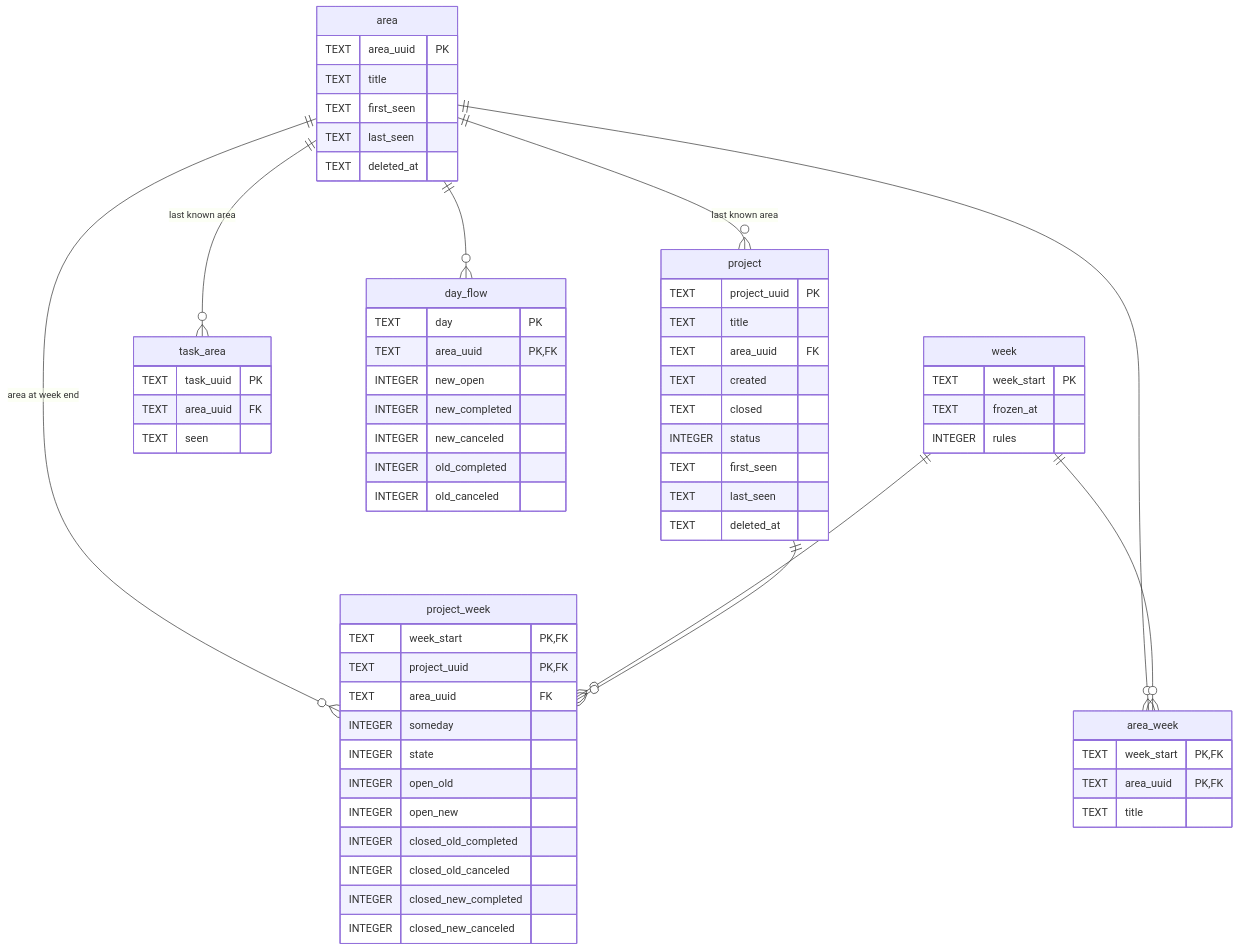
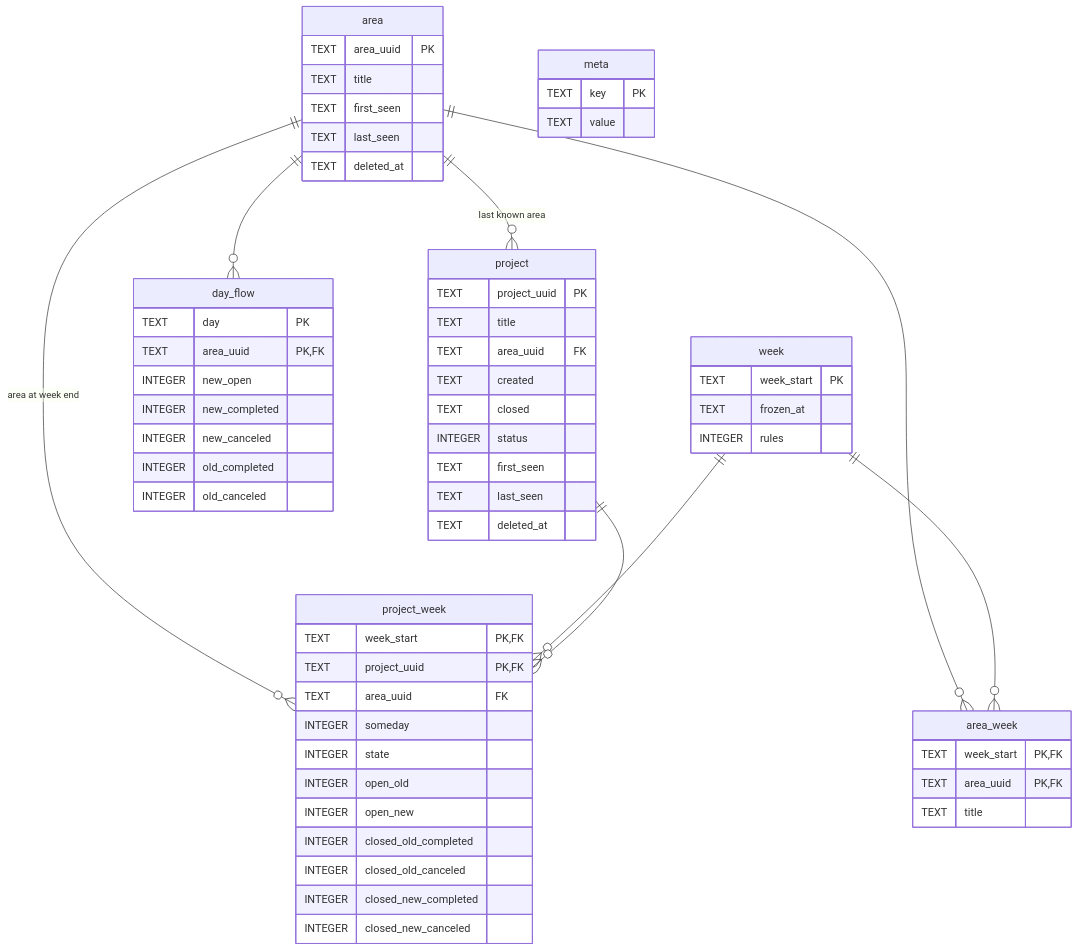
One commit to newrlan/things3-dash changed the diagram in docs/history-schema.md. Above: the diagram before and after it, drawn with Mermaid. The commit also changed other lines of this file and 5 other files, not shown here.

````diff
--- a/docs/history-schema.md
+++ b/docs/history-schema.md
@@ -19,67 +19,65 @@
 ```mermaid
 erDiagram
     area ||--o{ project : "last known area"
-    area ||--o{ task_area : "last known area"
     area ||--o{ day_flow : ""
     area ||--o{ area_week : ""
     area ||--o{ project_week : "area at week end"
     week ||--o{ area_week : ""
     week ||--o{ project_week : ""
     project ||--o{ project_week : ""
 
     area {
         TEXT area_uuid PK
         TEXT title
         TEXT first_seen
         TEXT last_seen
         TEXT deleted_at
     }
     project {
         TEXT project_uuid PK
         TEXT title
         TEXT area_uuid FK
         TEXT created
         TEXT closed
         INTEGER status
         TEXT first_seen
         TEXT last_seen
         TEXT deleted_at
     }
-    task_area {
-        TEXT task_uuid PK
-        TEXT area_uuid FK
-        TEXT seen
+    meta {
+        TEXT key PK
+        TEXT value
     }
     week {
         TEXT week_start PK
         TEXT frozen_at
         INTEGER rules
     }
     day_flow {
         TEXT day PK
         TEXT area_uuid PK, FK
         INTEGER new_open
         INTEGER new_completed
         INTEGER new_canceled
         INTEGER old_completed
         INTEGER old_canceled
     }
     area_week {
         TEXT week_start PK, FK
         TEXT area_uuid PK, FK
         TEXT title
     }
     project_week {
         TEXT week_start PK, FK
         TEXT project_uuid PK, FK
         TEXT area_uuid FK
         INTEGER someday
         INTEGER state
         INTEGER open_old
         INTEGER open_new
         INTEGER closed_old_completed
         INTEGER closed_old_canceled
         INTEGER closed_new_completed
         INTEGER closed_new_canceled
     }
 ```
````
